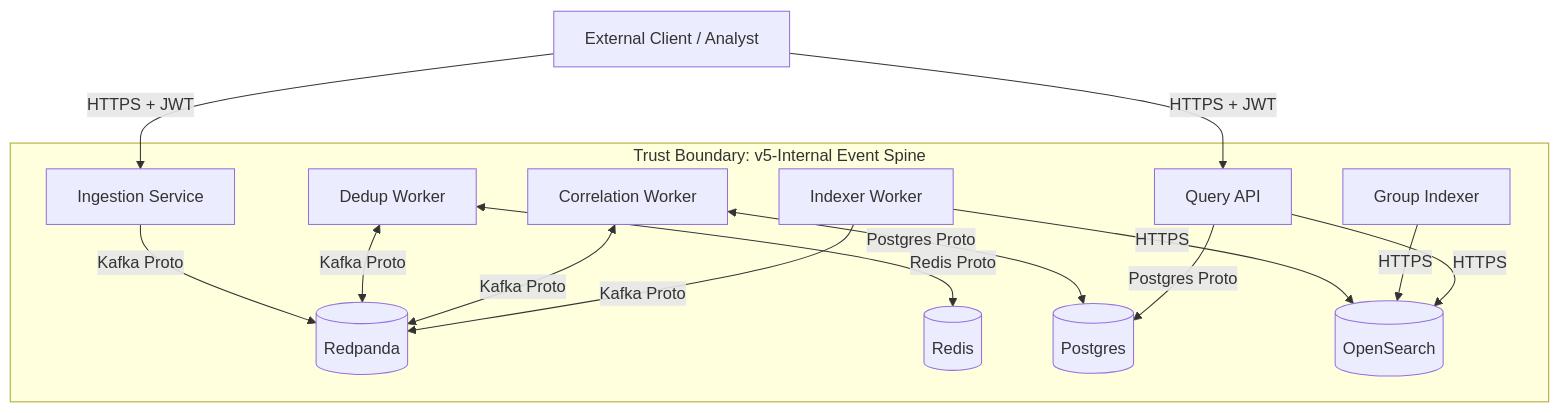
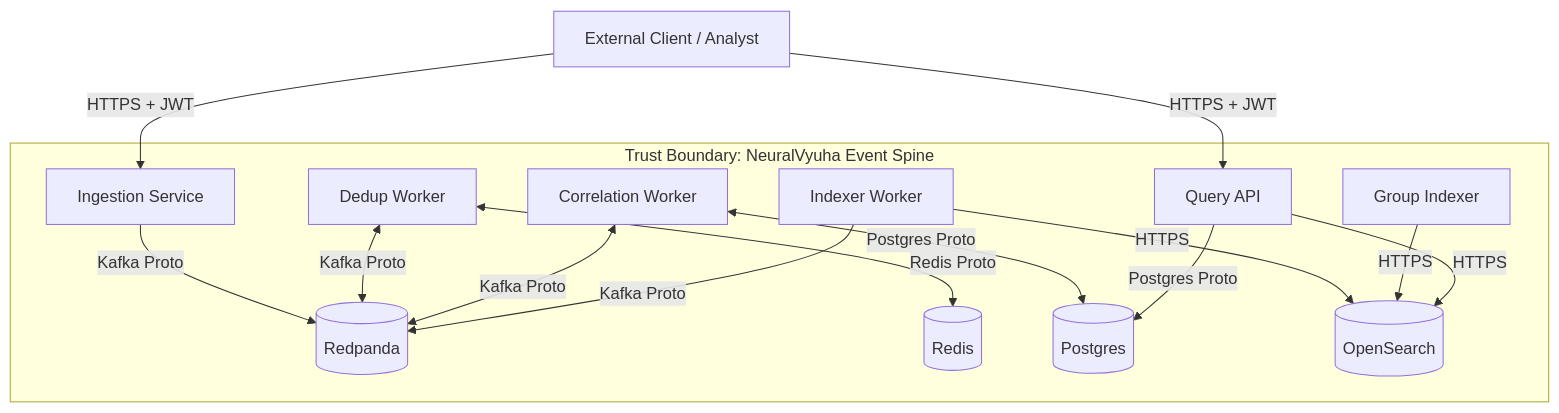
One commit to NiteshKS22/thehive-working changed the diagram in docs/v5-internal/ENGINE_THREAT_MODEL.md. Above: the diagram before and after it, drawn with Mermaid. The commit also changed 96 other files, not shown here.

Commit message:
feat: NeuralVyuha Launch — Global Project Rebrand & Namespace Migration

````diff
--- a/docs/v5-internal/ENGINE_THREAT_MODEL.md
+++ b/docs/v5-internal/ENGINE_THREAT_MODEL.md
@@ -16,18 +16,18 @@
 ```mermaid
 flowchart TD
     Client[External Client / Analyst] -->|HTTPS + JWT| Ingest[Ingestion Service]
     Client -->|HTTPS + JWT| Query[Query API]
 
-    subgraph "Trust Boundary: v5-Internal Event Spine"
+    subgraph "Trust Boundary: NeuralVyuha Event Spine"
         Ingest -->|Kafka Proto| Redpanda[(Redpanda)]
         Dedup[Dedup Worker] <-->|Kafka Proto| Redpanda
         Dedup <-->|Redis Proto| Redis[(Redis)]
         Corr[Correlation Worker] <-->|Kafka Proto| Redpanda
         Corr <-->|Postgres Proto| Postgres[(Postgres)]
         Indexer[Indexer Worker] -->|Kafka Proto| Redpanda
         Indexer -->|HTTPS| OpenSearch[(OpenSearch)]
         GroupIndex[Group Indexer] -->|HTTPS| OpenSearch
         Query -->|HTTPS| OpenSearch
         Query -->|Postgres Proto| Postgres
     end
 ```
````
